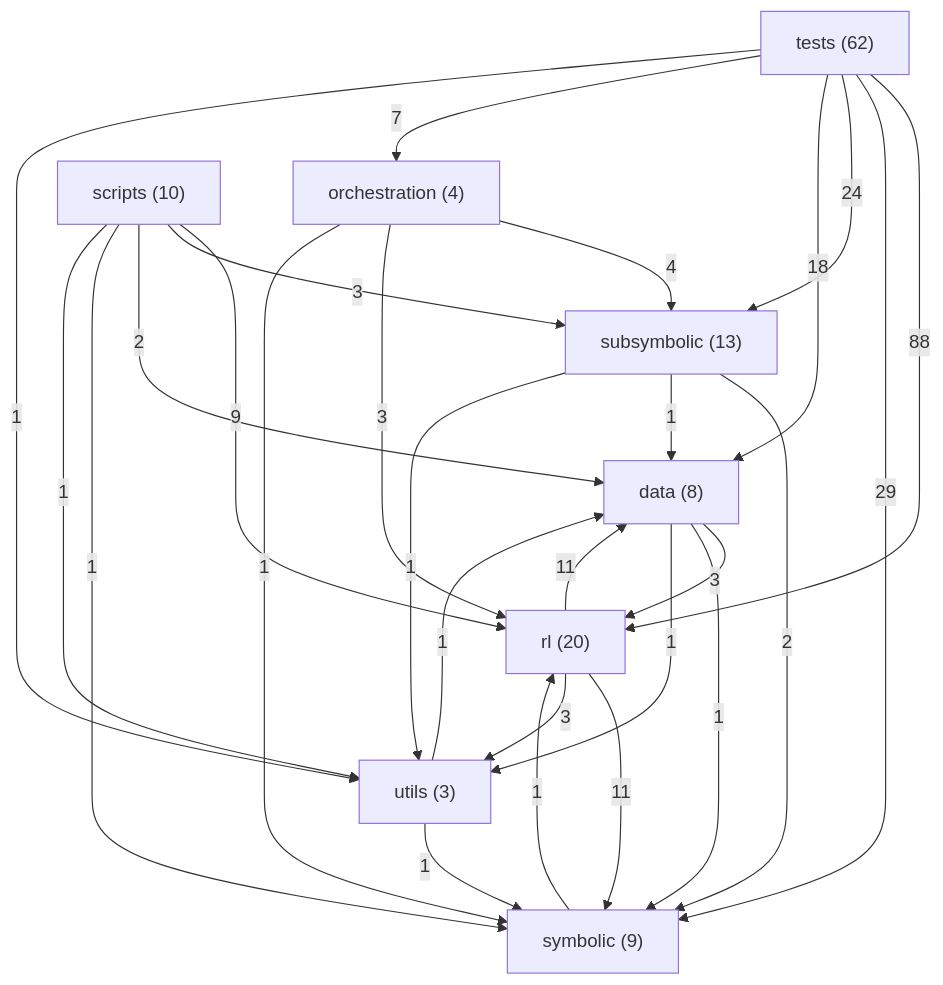
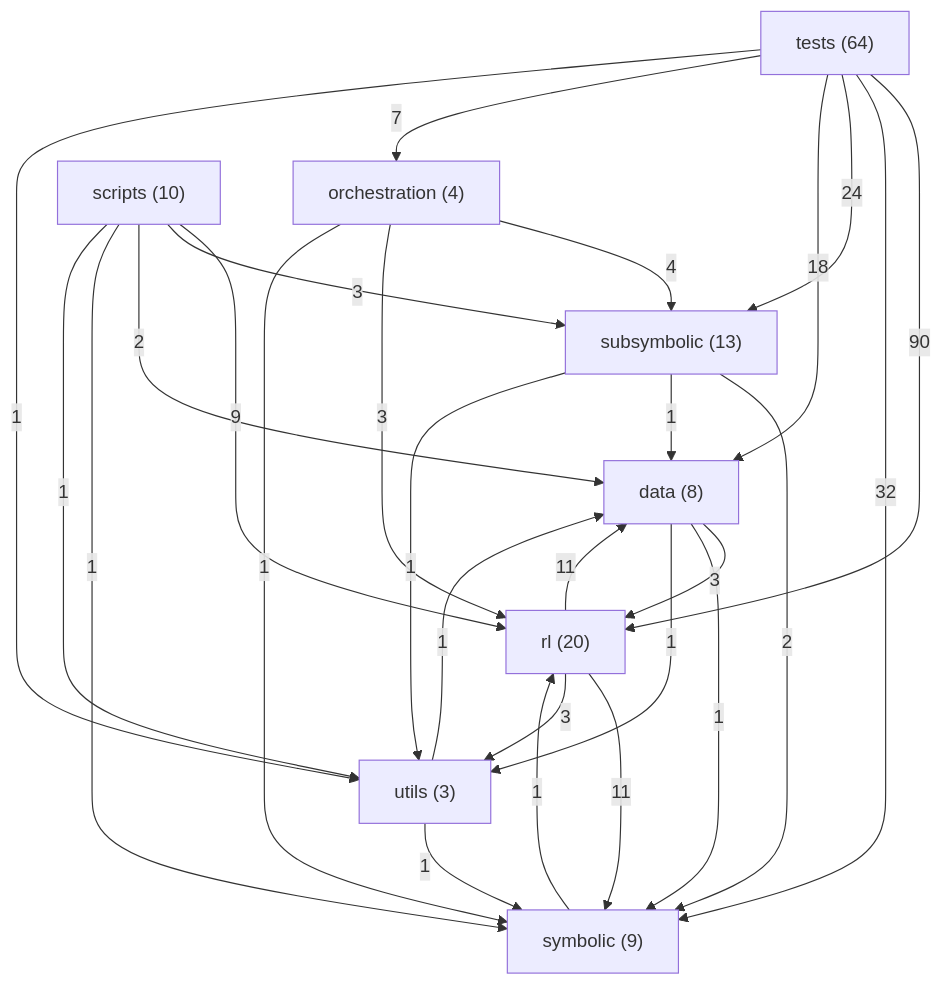
The diagram in ARCHITECTURE.md (danrd/ARC-AGI), drawn with Mermaid before and after one commit. The commit also changed other lines of this file and 3 other files, not shown here.

````diff
--- a/ARCHITECTURE.md
+++ b/ARCHITECTURE.md
@@ -161,37 +161,37 @@
 ```mermaid
 graph TD
   data["data (8)"]
   orchestration["orchestration (4)"]
   rl["rl (20)"]
   scripts["scripts (10)"]
   subsymbolic["subsymbolic (13)"]
   symbolic["symbolic (9)"]
-  tests["tests (62)"]
+  tests["tests (64)"]
   utils["utils (3)"]
-  tests -->|88| rl
-  tests -->|29| symbolic
+  tests -->|90| rl
+  tests -->|32| symbolic
   tests -->|24| subsymbolic
   tests -->|18| data
   rl -->|11| data
   rl -->|11| symbolic
   scripts -->|9| rl
   tests -->|7| orchestration
   orchestration -->|4| subsymbolic
   data -->|3| rl
   orchestration -->|3| rl
   rl -->|3| utils
   scripts -->|3| subsymbolic
   scripts -->|2| data
   subsymbolic -->|2| symbolic
   data -->|1| symbolic
   data -->|1| utils
   orchestration -->|1| symbolic
   scripts -->|1| symbolic
   scripts -->|1| utils
   subsymbolic -->|1| data
   subsymbolic -->|1| utils
   symbolic -->|1| rl
   tests -->|1| utils
   utils -->|1| data
   utils -->|1| symbolic
 ```
````
